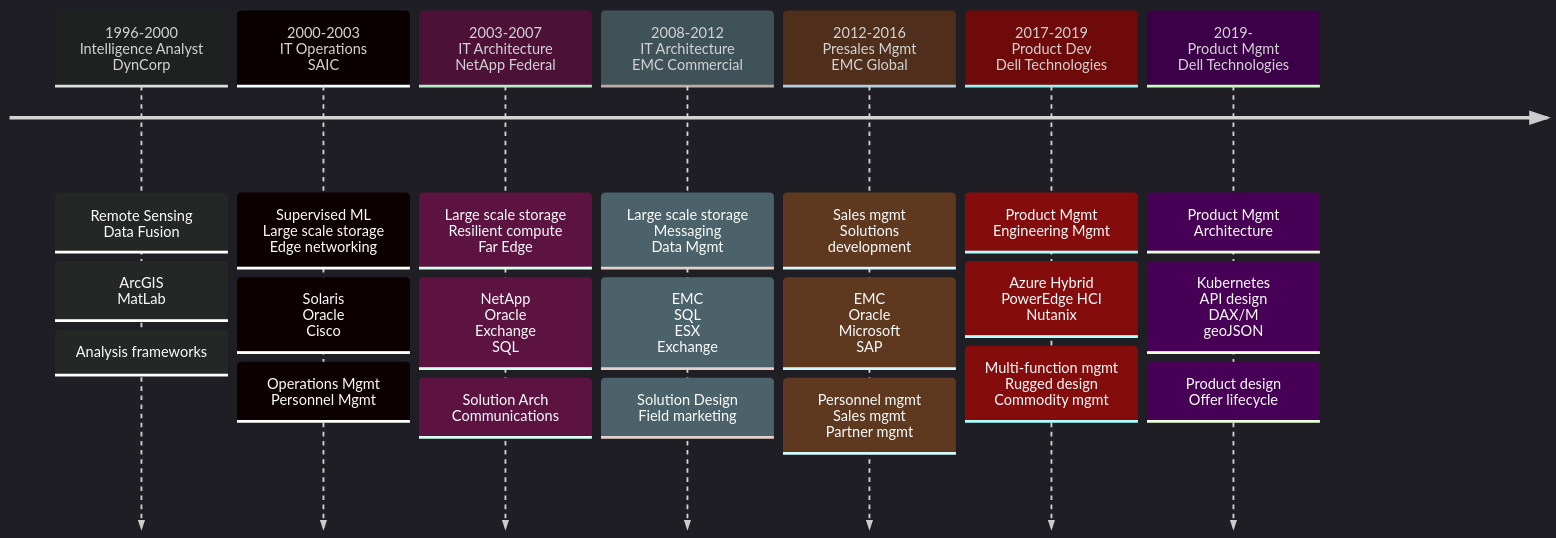
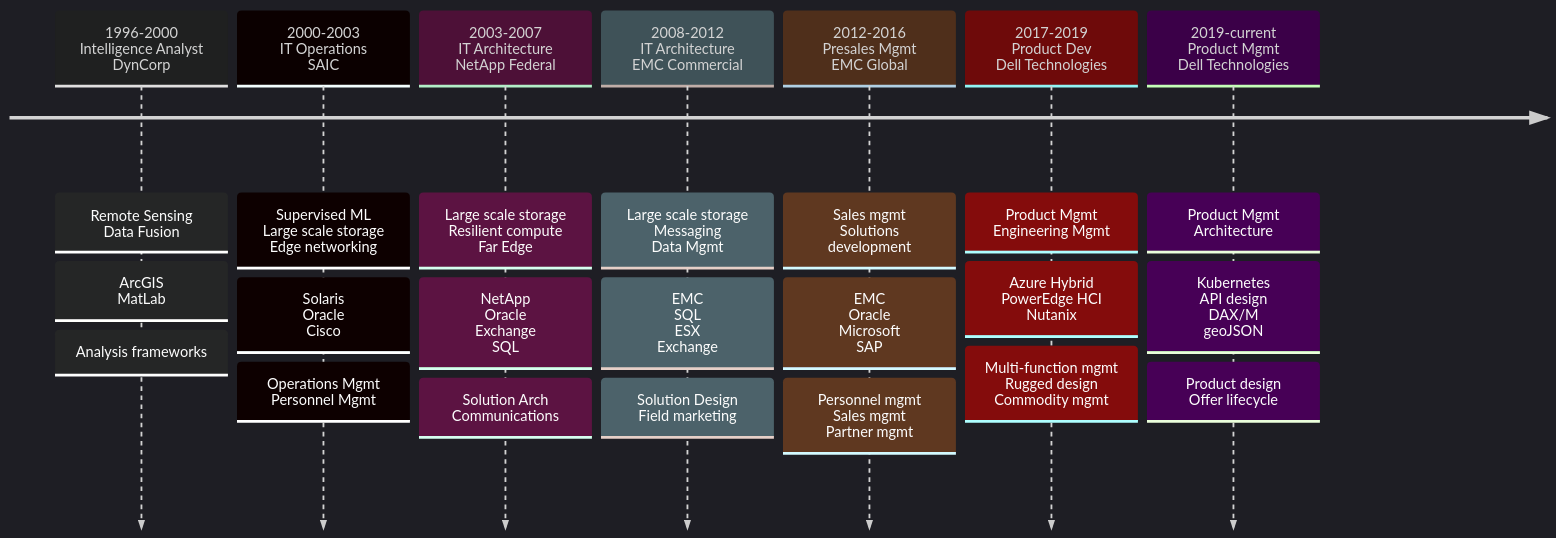
Before and after one commit to pgaljan/blog: the diagram in resume.md, drawn with Mermaid.

````diff
--- a/resume.md
+++ b/resume.md
@@ -8,32 +8,32 @@
 ```mermaid
 %%{init: { 'logLevel': 'debug', 'theme': 'dark' } }%%
 timeline
 1996-2000 <br>Intelligence Analyst <br>DynCorp
     : <br> Remote Sensing <br> Data Fusion
     : ArcGIS <br> MatLab
     : Analysis frameworks
 2000-2003 <br>IT Operations <br>SAIC
     : Supervised ML <br> Large scale storage <br> Edge networking
     : Solaris <br> Oracle <br> Cisco
     : Operations Mgmt <br> Personnel Mgmt
 2003-2007 <br>IT Architecture <br>NetApp Federal
     : Large scale storage <br> Resilient compute <br> Far Edge
     : NetApp <br> Oracle <br> Exchange <br> SQL
     : Solution Arch <br> Communications
 2008-2012 <br>IT Architecture <br>EMC Commercial
     : Large scale storage <br> Messaging <br> Data Mgmt
     : EMC <br> SQL <br> ESX <br> Exchange
     : Solution Design <br> Field marketing
 2012-2016 <br>Presales Mgmt<br>EMC Global
     : Sales mgmt <br> Solutions development
     : EMC  <br> Oracle <br> Microsoft <br> SAP
     : Personnel mgmt <br>  Sales mgmt <br>Partner mgmt
 2017-2019 <br>Product Dev<br>Dell Technologies
     : Product Mgmt <br> Engineering Mgmt
     : Azure Hybrid <br> PowerEdge HCI<br> Nutanix
     : Multi-function mgmt <br> Rugged design <br> Commodity mgmt
-2019- <br>Product Mgmt <br>Dell Technologies
+2019-current <br>Product Mgmt <br>Dell Technologies
   : Product Mgmt <br> Architecture
   : Kubernetes <br> API design <br> DAX/M <br> geoJSON
   : Product design <br> Offer lifecycle
 ```
````
